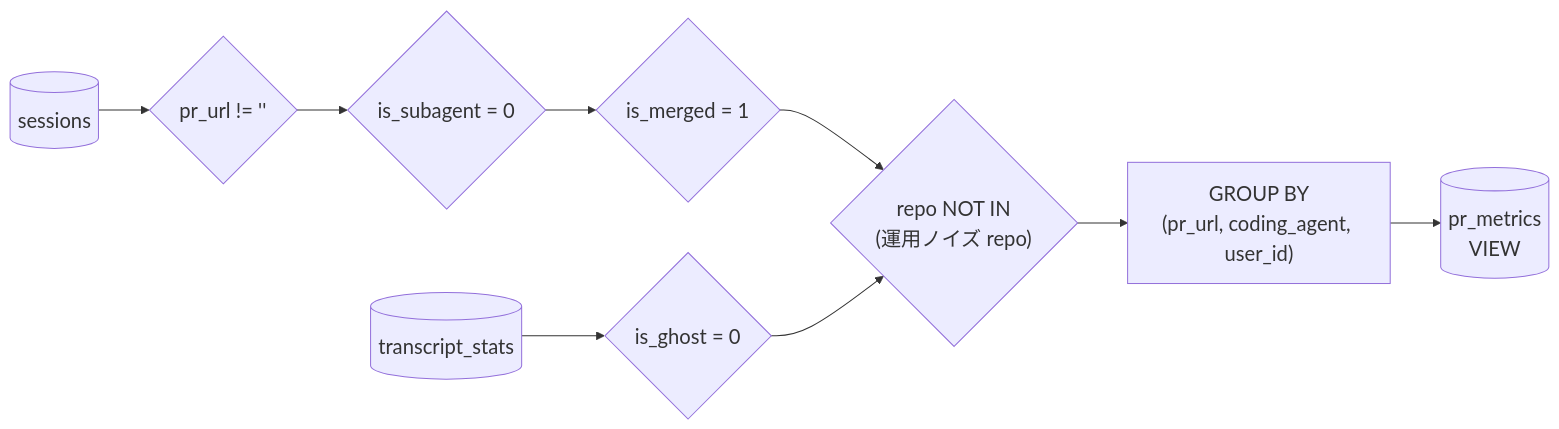
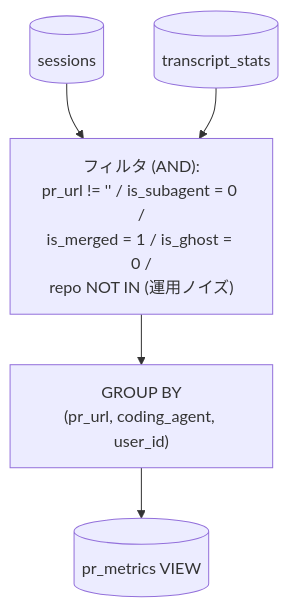
Before and after one commit to ishii1648/hitl-metrics: the second of 2 diagrams in site/content/explain/aggregation/index.md, drawn with Mermaid. The commit also changed other lines of this file, not shown here.

First line of the commit message:
docs(site): simplify aggregation diagrams so natural width fits the container

````diff
--- a/site/content/explain/aggregation/index.md
+++ b/site/content/explain/aggregation/index.md
@@ -59,23 +43,12 @@
 ```mermaid
-%%{init: {'themeVariables': {'fontSize': '20px'}}}%%
-flowchart LR
+flowchart TB
     S[("sessions")]
     TS[("transcript_stats")]
+    F["フィルタ (AND):<br/>pr_url != '' / is_subagent = 0 /<br/>is_merged = 1 / is_ghost = 0 /<br/>repo NOT IN (運用ノイズ)"]
+    G["GROUP BY<br/>(pr_url, coding_agent, user_id)"]
+    PM[("pr_metrics VIEW")]
 
-    F1{"pr_url != ''"}
-    F2{"is_subagent = 0"}
-    F3{"is_merged = 1"}
-    F4{"is_ghost = 0"}
-    F5{"repo NOT IN<br/>(運用ノイズ repo)"}
-
-    G["GROUP BY<br/>(pr_url, coding_agent, user_id)"]
-
-    PM[("pr_metrics<br/>VIEW")]
-
-    S --> F1 --> F2 --> F3
-    TS --> F4
-    F3 --> F5
-    F4 --> F5
-    F5 --> G
-    G --> PM
+    S --> F
+    TS --> F
+    F --> G --> PM
 ```
````
